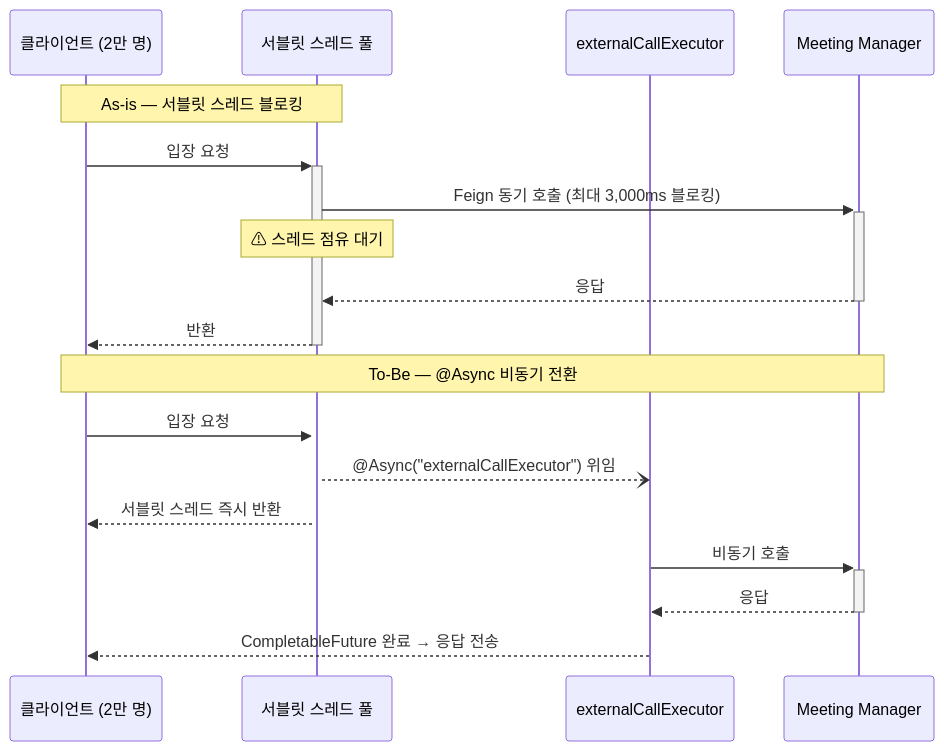
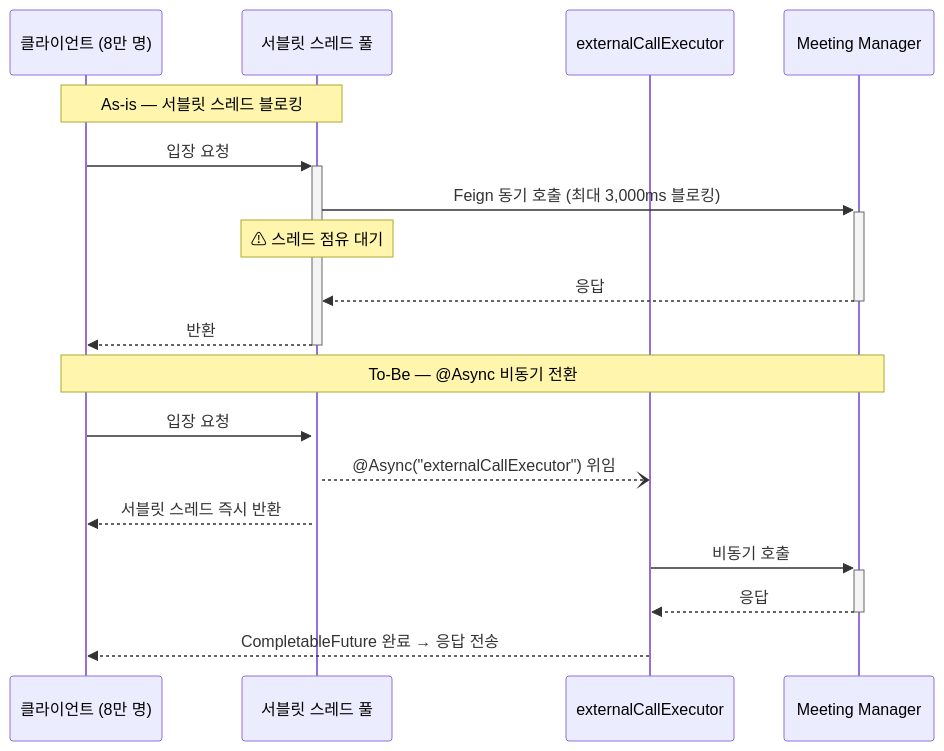
Before and after one commit to sujinnkim/A_Personal: the eighth of 40 diagrams in report/3/3.2-아키텍처문제분석및설계전략.md, drawn with Mermaid. The commit also changed other lines of this file and 30 other files, not shown here.

````diff
--- a/report/3/3.2-아키텍처문제분석및설계전략.md
+++ b/report/3/3.2-아키텍처문제분석및설계전략.md
@@ -285,22 +285,22 @@
 ```mermaid
 sequenceDiagram
-    participant C as 클라이언트 (2만 명)
+    participant C as 클라이언트 (8만 명)
     participant ST as 서블릿 스레드 풀
     participant EX as externalCallExecutor
     participant MM as Meeting Manager
 
     Note over C,ST: As-is — 서블릿 스레드 블로킹
     C->>+ST: 입장 요청
     ST->>+MM: Feign 동기 호출 (최대 3,000ms 블로킹)
     Note over ST: ⚠ 스레드 점유 대기
     MM-->>-ST: 응답
     ST-->>-C: 반환
 
     Note over C,MM: To-Be — @Async 비동기 전환
     C->>+ST: 입장 요청
     ST--)EX: @Async("externalCallExecutor") 위임
     ST-->>C: 서블릿 스레드 즉시 반환
     EX->>+MM: 비동기 호출
     MM-->>-EX: 응답
     EX-->>C: CompletableFuture 완료 → 응답 전송
 ```
````
